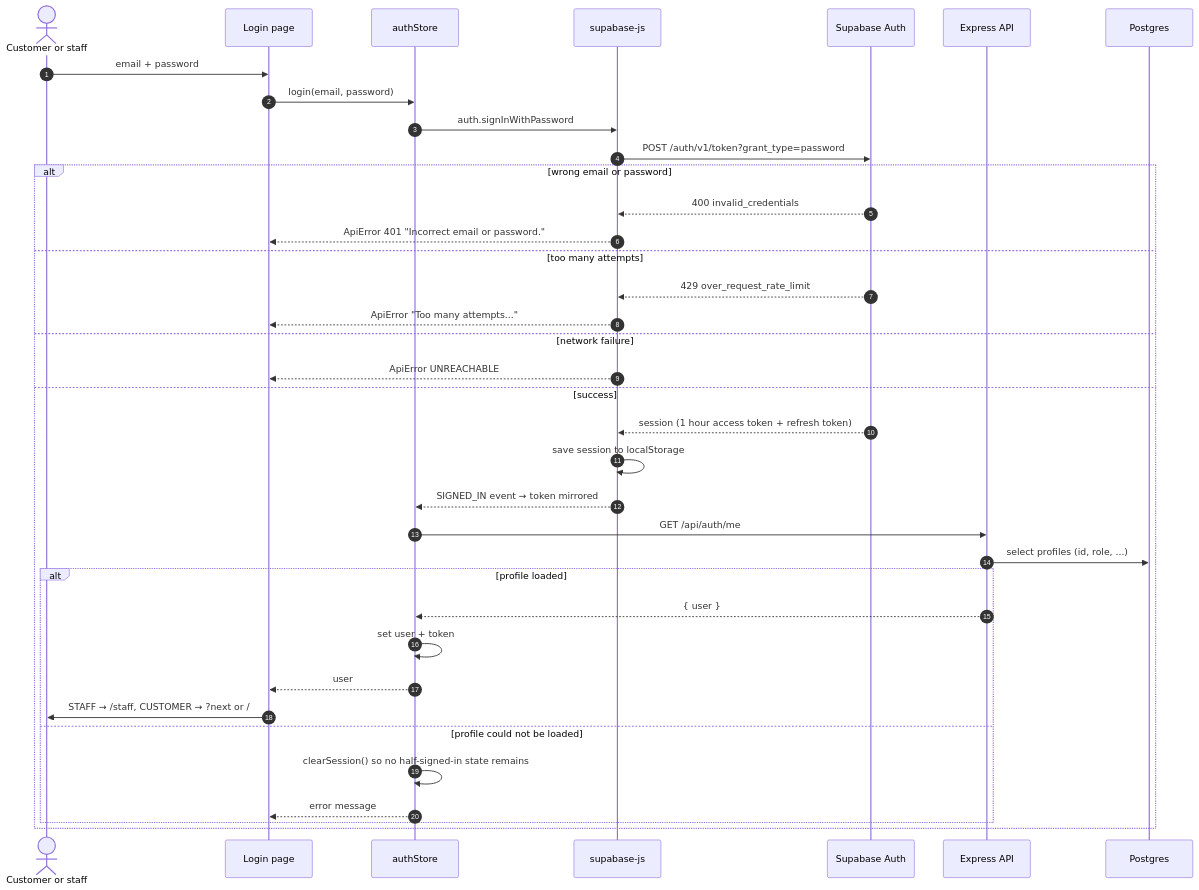
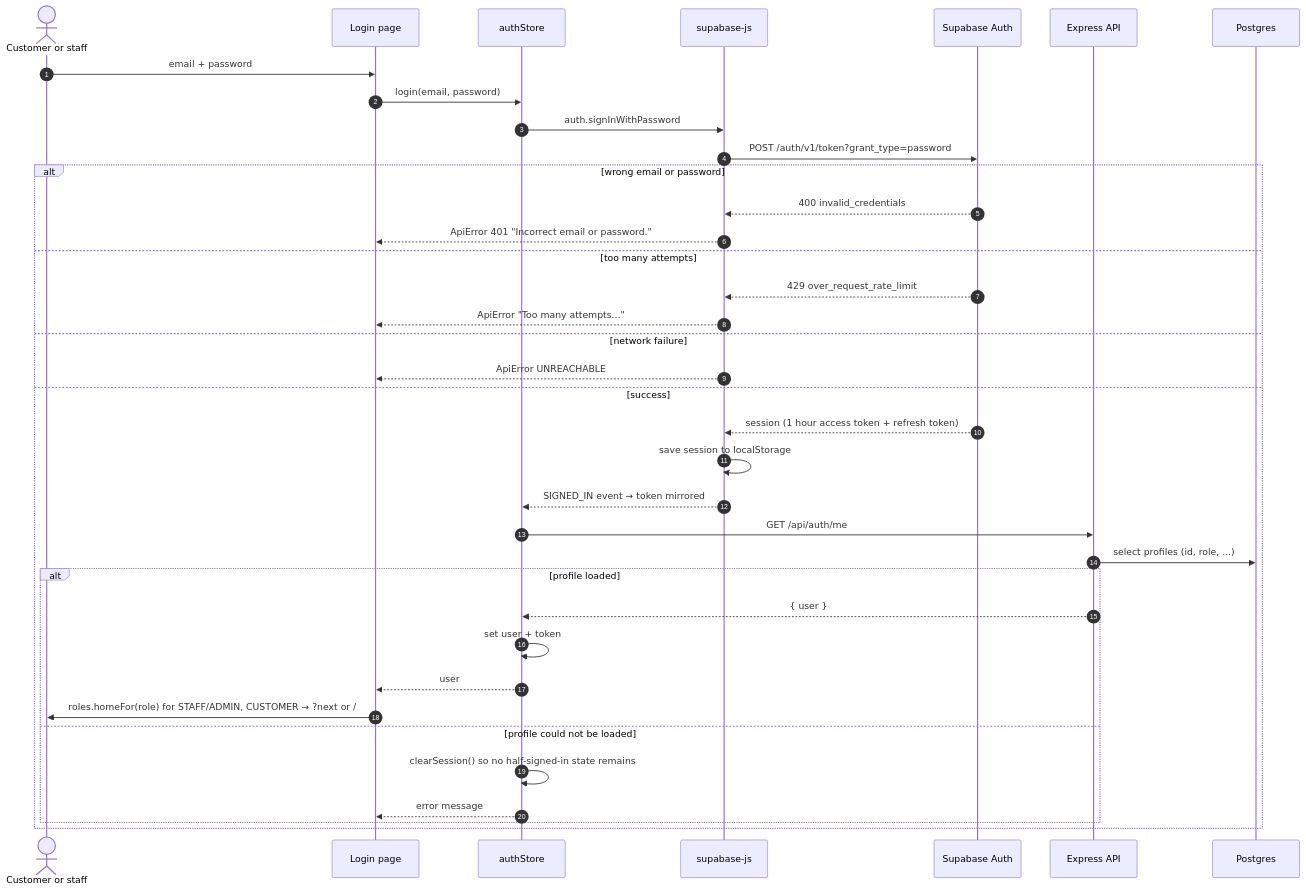
Before and after one commit to The-KhaNha/KhaNha: the fifth of 27 diagrams in docs/ARCHITECTURE.md, drawn with Mermaid. The commit also changed other lines of this file and 69 other files, not shown here.

````diff
--- a/docs/ARCHITECTURE.md
+++ b/docs/ARCHITECTURE.md
@@ -225,40 +236,40 @@
 ```mermaid
 sequenceDiagram
   autonumber
   actor U as Customer or staff
   participant Page as Login page
   participant Store as authStore
   participant SB as supabase-js
   participant Auth as Supabase Auth
   participant API as Express API
   participant DB as Postgres
 
   U->>Page: email + password
   Page->>Store: login(email, password)
   Store->>SB: auth.signInWithPassword
   SB->>Auth: POST /auth/v1/token?grant_type=password
   alt wrong email or password
     Auth-->>SB: 400 invalid_credentials
     SB-->>Page: ApiError 401 "Incorrect email or password."
   else too many attempts
     Auth-->>SB: 429 over_request_rate_limit
     SB-->>Page: ApiError "Too many attempts..."
   else network failure
     SB-->>Page: ApiError UNREACHABLE
   else success
     Auth-->>SB: session (1 hour access token + refresh token)
     SB->>SB: save session to localStorage
     SB-->>Store: SIGNED_IN event → token mirrored
     Store->>API: GET /api/auth/me
     API->>DB: select profiles (id, role, ...)
     alt profile loaded
       API-->>Store: { user }
       Store->>Store: set user + token
       Store-->>Page: user
-      Page->>U: STAFF → /staff, CUSTOMER → ?next or /
+      Page->>U: roles.homeFor(role) for STAFF/ADMIN, CUSTOMER → ?next or /
     else profile could not be loaded
       Store->>Store: clearSession() so no half-signed-in state remains
       Store-->>Page: error message
     end
   end
 ```
````
